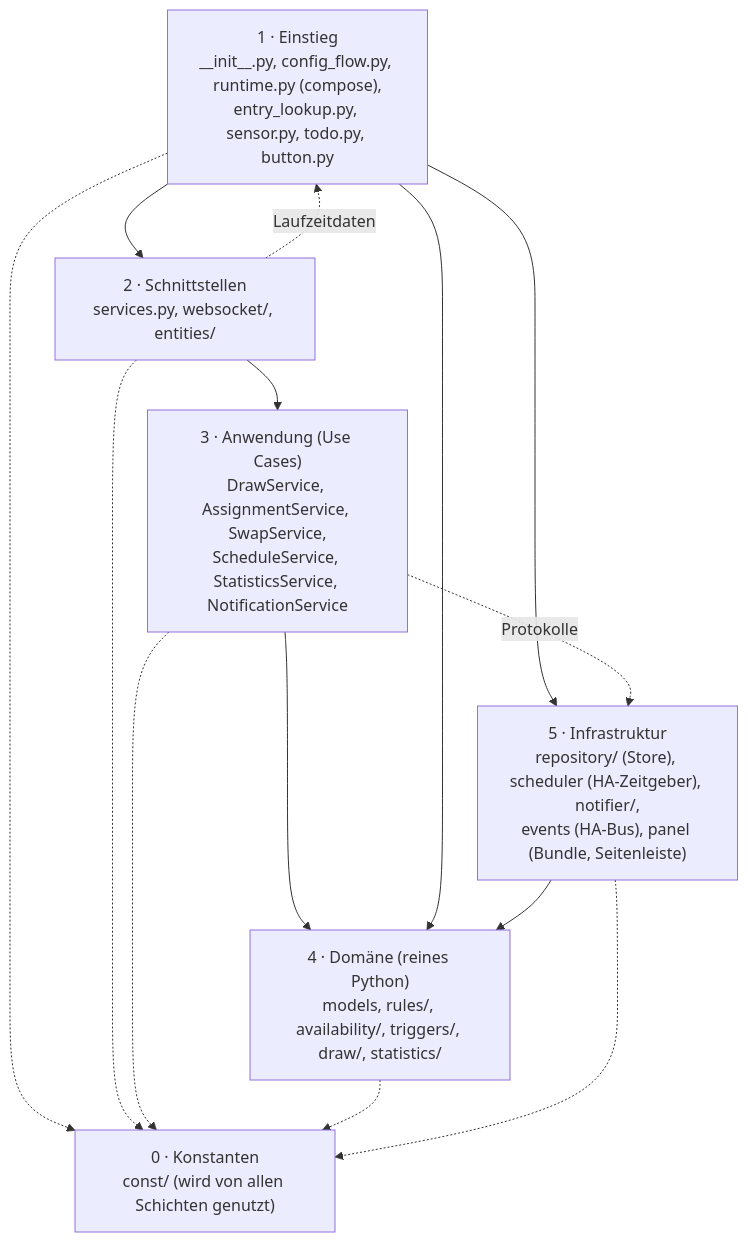
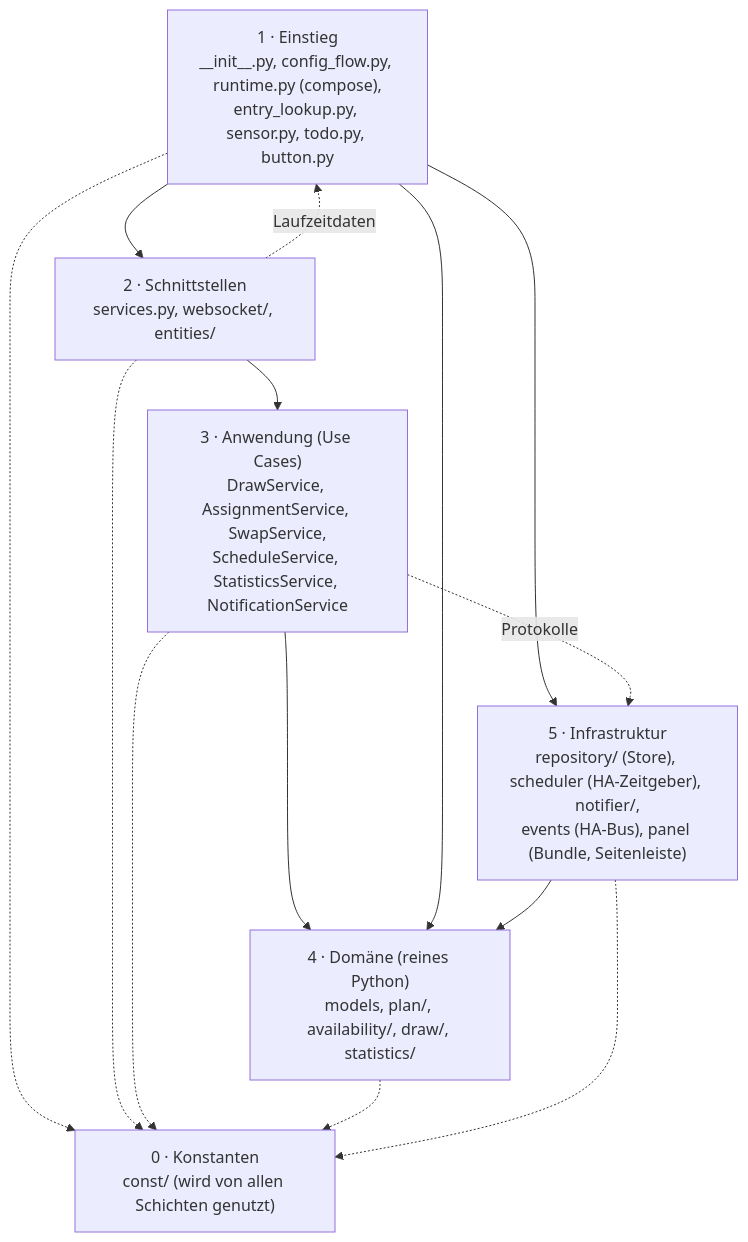
One commit to stacknoise/hass-task-wheel-of-fortune changed the first of 3 diagrams in docs/KONZEPT.md. Above: the diagram before and after it, drawn with Mermaid. The commit also changed other lines of this file and 157 other files, not shown here.

````diff
--- a/docs/KONZEPT.md
+++ b/docs/KONZEPT.md
@@ -57,20 +57,20 @@
 ```mermaid
 flowchart TD
   E["1 · Einstieg<br/>__init__.py, config_flow.py, runtime.py (compose),<br/>entry_lookup.py, sensor.py, todo.py, button.py"]
   A["2 · Schnittstellen<br/>services.py, websocket/, entities/"]
   U["3 · Anwendung (Use Cases)<br/>DrawService, AssignmentService, SwapService,<br/>ScheduleService, StatisticsService, NotificationService"]
-  D["4 · Domäne (reines Python)<br/>models, rules/, availability/, triggers/, draw/, statistics/"]
+  D["4 · Domäne (reines Python)<br/>models, plan/, availability/, draw/, statistics/"]
   I["5 · Infrastruktur<br/>repository/ (Store), scheduler (HA-Zeitgeber), notifier/,<br/>events (HA-Bus), panel (Bundle, Seitenleiste)"]
   C["0 · Konstanten<br/>const/ (wird von allen Schichten genutzt)"]
   E --> A --> U --> D
   A -.->|Laufzeitdaten| E
   E --> I
   E --> D
   U -.->|Protokolle| I
   I --> D
   E -.-> C
   A -.-> C
   U -.-> C
   D -.-> C
   I -.-> C
 ```
````
